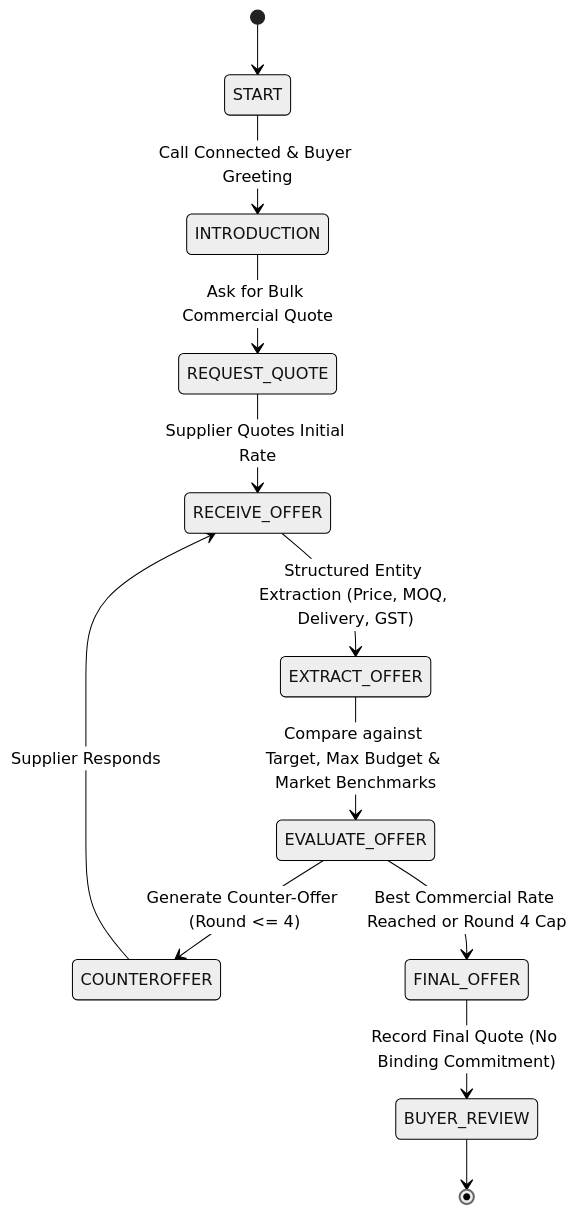
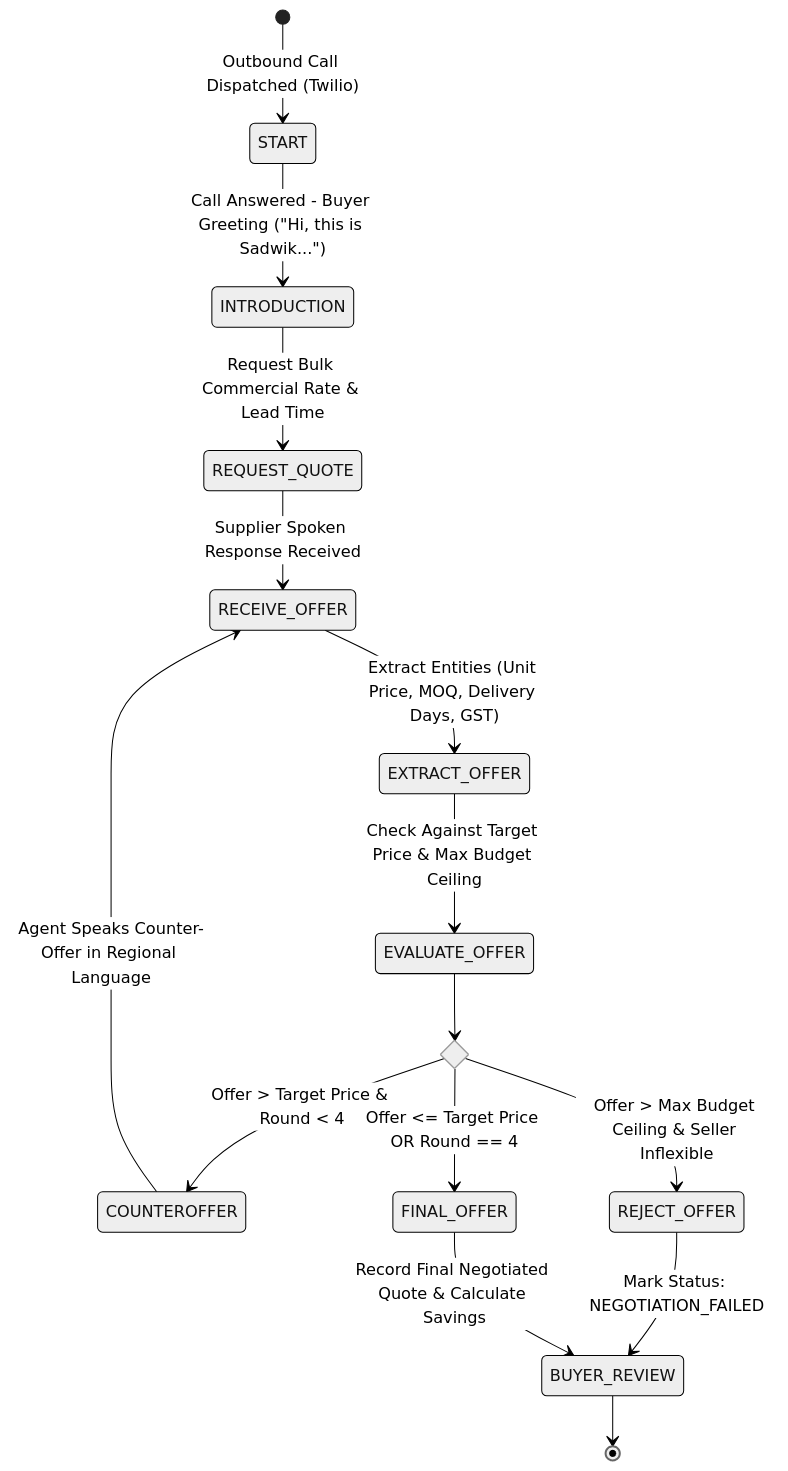
The third of 7 diagrams in README.md (DKK-CUBER/procua), drawn with Mermaid (neutral theme) before and after one commit. The commit also changed other lines of this file, not shown here.

Commit message:
docs: complete enterprise-grade 1500+ word README with detailed system architectures, Mermaid diagrams, state machines, sequence flows, and API specifications

````diff
--- a/README.md
+++ b/README.md
@@ -86,14 +155,21 @@
 ```mermaid
 stateDiagram-v2
-    [*] --> START
-    START --> INTRODUCTION: Call Connected & Buyer Greeting
-    INTRODUCTION --> REQUEST_QUOTE: Ask for Bulk Commercial Quote
-    REQUEST_QUOTE --> RECEIVE_OFFER: Supplier Quotes Initial Rate
-    RECEIVE_OFFER --> EXTRACT_OFFER: Structured Entity Extraction (Price, MOQ, Delivery, GST)
-    EXTRACT_OFFER --> EVALUATE_OFFER: Compare against Target, Max Budget & Market Benchmarks
-    EVALUATE_OFFER --> COUNTEROFFER: Generate Counter-Offer (Round <= 4)
-    COUNTEROFFER --> RECEIVE_OFFER: Supplier Responds
-    EVALUATE_OFFER --> FINAL_OFFER: Best Commercial Rate Reached or Round 4 Cap
-    FINAL_OFFER --> BUYER_REVIEW: Record Final Quote (No Binding Commitment)
+    [*] --> START: Outbound Call Dispatched (Twilio)
+    START --> INTRODUCTION: Call Answered - Buyer Greeting ("Hi, this is Sadwik...")
+    INTRODUCTION --> REQUEST_QUOTE: Request Bulk Commercial Rate & Lead Time
+    REQUEST_QUOTE --> RECEIVE_OFFER: Supplier Spoken Response Received
+    RECEIVE_OFFER --> EXTRACT_OFFER: Extract Entities (Unit Price, MOQ, Delivery Days, GST)
+    EXTRACT_OFFER --> EVALUATE_OFFER: Check Against Target Price & Max Budget Ceiling
+    
+    state EvaluateChoice <<choice>>
+    EVALUATE_OFFER --> EvaluateChoice
+    
+    EvaluateChoice --> COUNTEROFFER: Offer > Target Price & Round < 4
+    EvaluateChoice --> FINAL_OFFER: Offer <= Target Price OR Round == 4
+    EvaluateChoice --> REJECT_OFFER: Offer > Max Budget Ceiling & Seller Inflexible
+    
+    COUNTEROFFER --> RECEIVE_OFFER: Agent Speaks Counter-Offer in Regional Language
+    REJECT_OFFER --> BUYER_REVIEW: Mark Status: NEGOTIATION_FAILED
+    FINAL_OFFER --> BUYER_REVIEW: Record Final Negotiated Quote & Calculate Savings
     BUYER_REVIEW --> [*]
 ```
````
